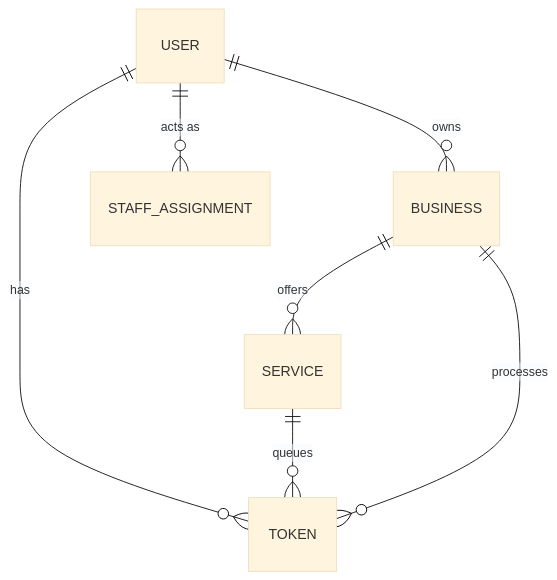
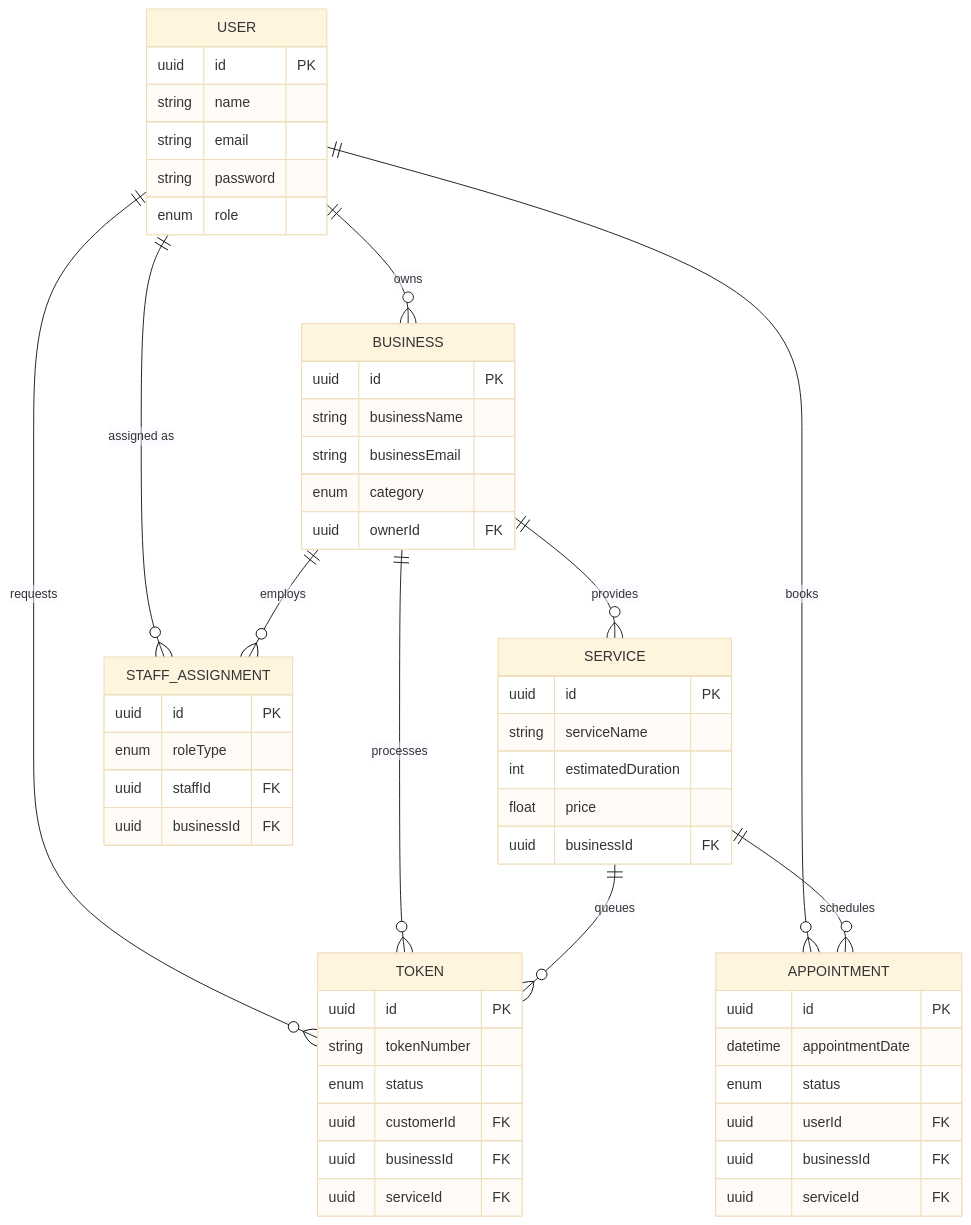
The diagram in ARCHITECTURE.md (Taarun8431/QueueOS), drawn with Mermaid (base theme) before and after one commit. The commit also changed other lines of this file and 6 other files, not shown here.

````diff
--- a/ARCHITECTURE.md
+++ b/ARCHITECTURE.md
@@ -56,9 +50,63 @@
 ```mermaid
 erDiagram
+    USER {
+        uuid id PK
+        string name
+        string email
+        string password
+        enum role
+    }
+    
+    BUSINESS {
+        uuid id PK
+        string businessName
+        string businessEmail
+        enum category
+        uuid ownerId FK
+    }
+    
+    SERVICE {
+        uuid id PK
+        string serviceName
+        int estimatedDuration
+        float price
+        uuid businessId FK
+    }
+    
+    TOKEN {
+        uuid id PK
+        string tokenNumber
+        enum status
+        uuid customerId FK
+        uuid businessId FK
+        uuid serviceId FK
+    }
+    
+    STAFF_ASSIGNMENT {
+        uuid id PK
+        enum roleType
+        uuid staffId FK
+        uuid businessId FK
+    }
+    
+    APPOINTMENT {
+        uuid id PK
+        datetime appointmentDate
+        enum status
+        uuid userId FK
+        uuid businessId FK
+        uuid serviceId FK
+    }
+
     USER ||--o{ BUSINESS : "owns"
-    USER ||--o{ TOKEN : "has"
-    USER ||--o{ STAFF_ASSIGNMENT : "acts as"
-    BUSINESS ||--o{ SERVICE : "offers"
+    USER ||--o{ TOKEN : "requests"
+    USER ||--o{ APPOINTMENT : "books"
+    USER ||--o{ STAFF_ASSIGNMENT : "assigned as"
+    
+    BUSINESS ||--o{ SERVICE : "provides"
+    BUSINESS ||--o{ TOKEN : "processes"
+    BUSINESS ||--o{ STAFF_ASSIGNMENT : "employs"
+    
     SERVICE ||--o{ TOKEN : "queues"
-    BUSINESS ||--o{ TOKEN : "processes"
+    SERVICE ||--o{ APPOINTMENT : "schedules"
 ```
````
